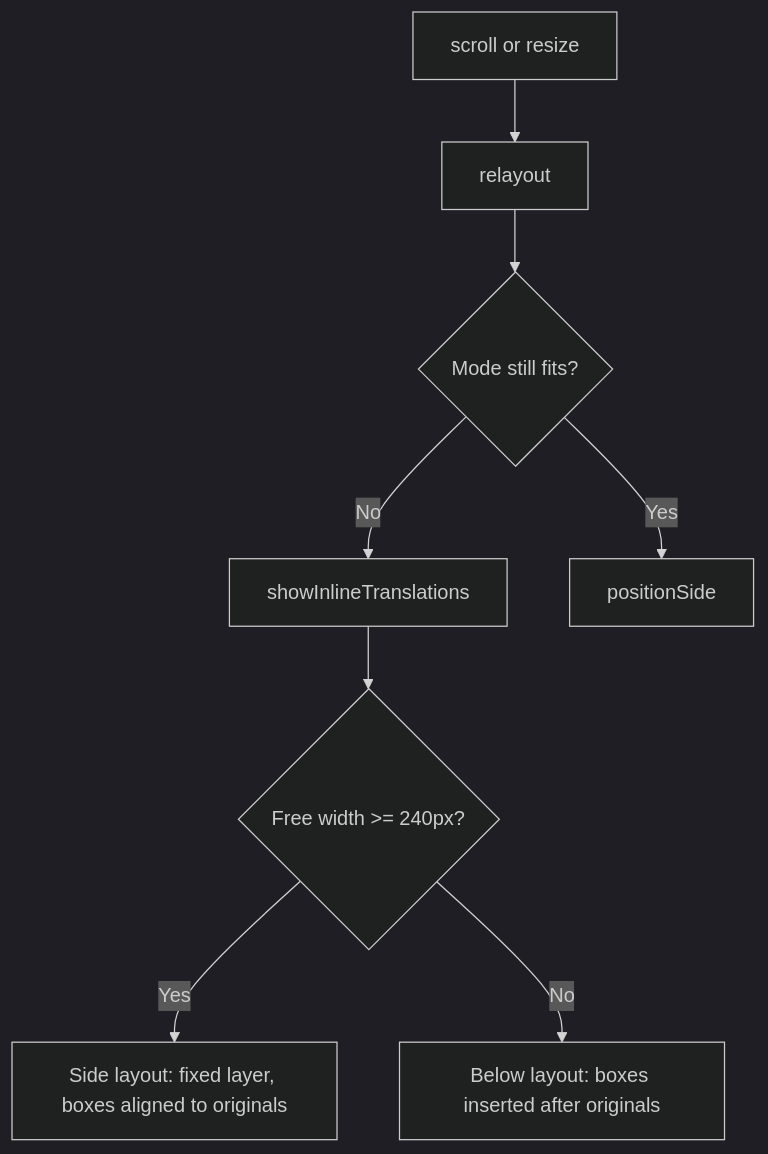
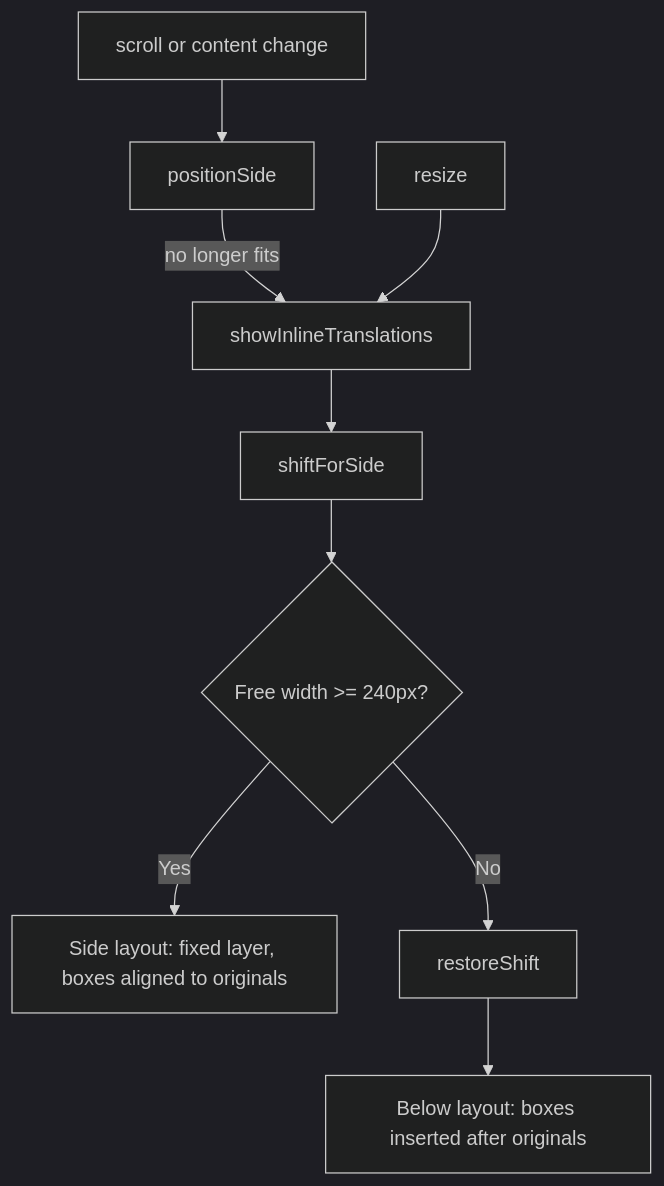
Before and after one commit to JaceDashS/udemy-korean-translator: the diagram in docs/design/quiz/10-inline-translation.md, drawn with Mermaid (dark theme). The commit also changed other lines of this file and 6 other files, not shown here.

First line of the commit message:
[feat] Fit the side layout to Udemy's centered quiz column

````diff
--- a/docs/design/quiz/10-inline-translation.md
+++ b/docs/design/quiz/10-inline-translation.md
@@ -10,10 +10,10 @@
 ```mermaid
 flowchart TD
-    A[showInlineTranslations] --> B{Free width >= 240px?}
+    A[showInlineTranslations] --> S[shiftForSide]
+    S --> B{Free width >= 240px?}
     B -- Yes --> C[Side layout: fixed layer, boxes aligned to originals]
-    B -- No --> D[Below layout: boxes inserted after originals]
-    E[scroll or resize] --> F[relayout]
-    F --> G{Mode still fits?}
-    G -- Yes --> H[positionSide]
-    G -- No --> A
+    B -- No --> R[restoreShift] --> D[Below layout: boxes inserted after originals]
+    E[scroll or content change] --> H[positionSide]
+    H -- no longer fits --> A
+    W[resize] --> A
 ```
````
